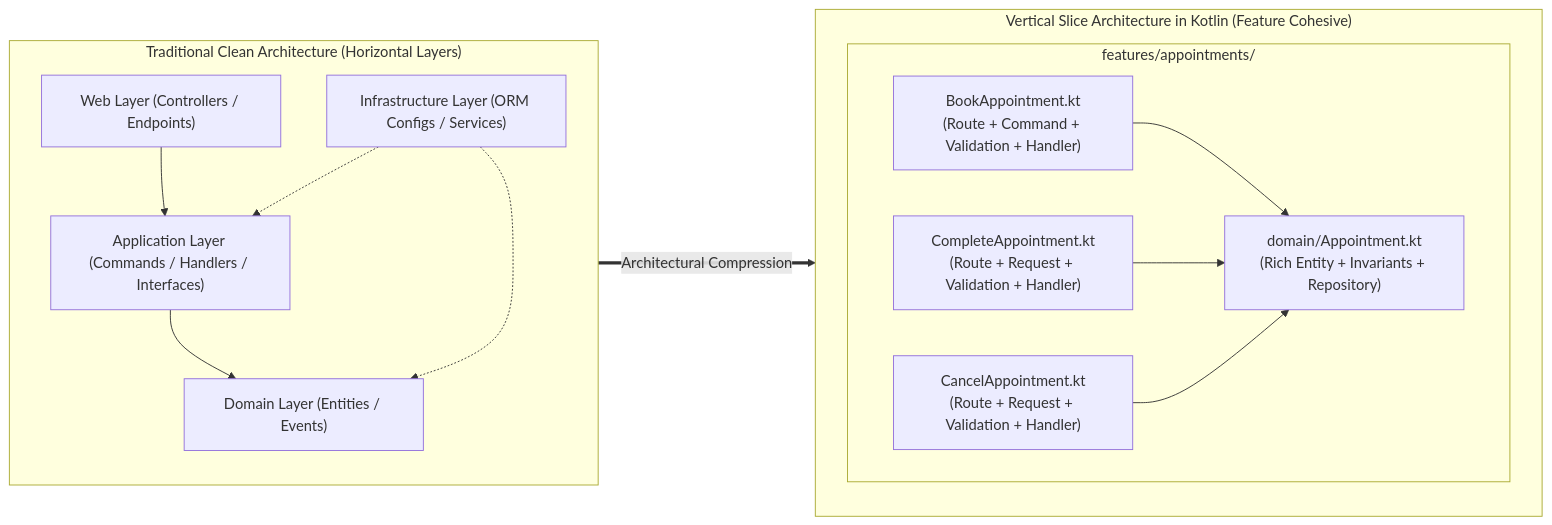
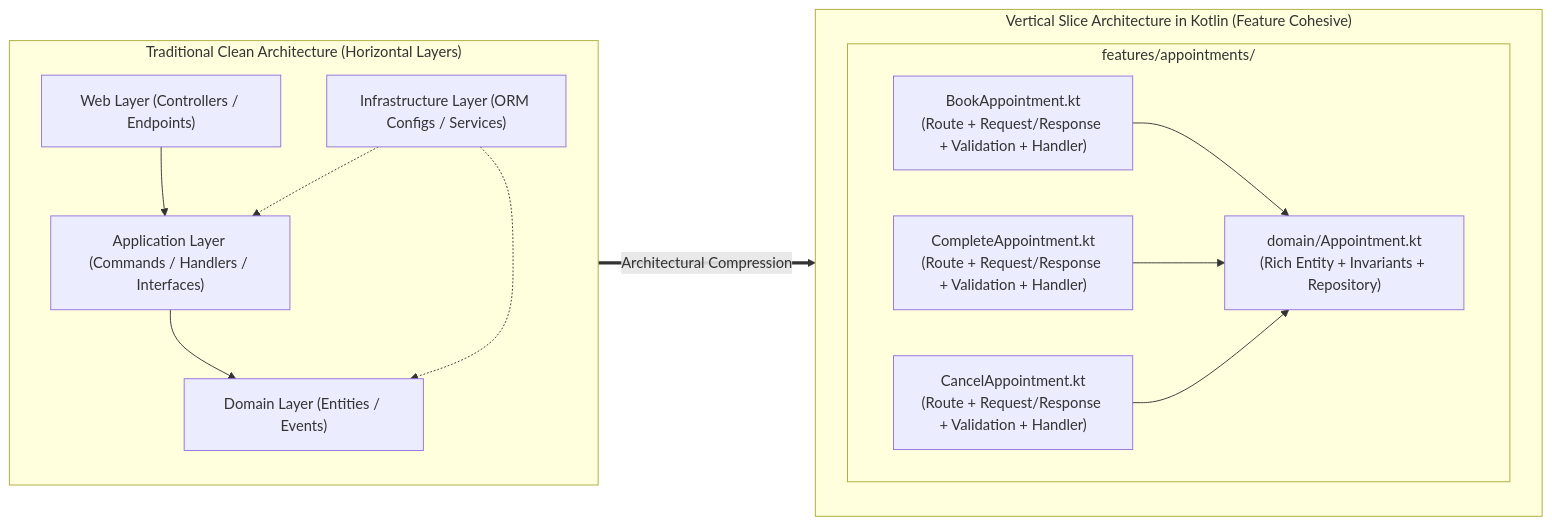
The diagram in README.md (arjunbalussery/vertical-slice-architecture-), drawn with Mermaid before and after one commit. The commit also changed other lines of this file and 4 other files, not shown here.

Commit message:
refactor: standardize all vertical slices on REPR (Request/Response) naming

````diff
--- a/README.md
+++ b/README.md
@@ -25,25 +25,25 @@
 ```mermaid
 flowchart LR
     subgraph CA["Traditional Clean Architecture (Horizontal Layers)"]
         direction TB
         W["Web Layer (Controllers / Endpoints)"] --> A["Application Layer (Commands / Handlers / Interfaces)"]
         A --> D["Domain Layer (Entities / Events)"]
         I["Infrastructure Layer (ORM Configs / Services)"] -.-> A
         I -.-> D
     end
 
     subgraph VSA["Vertical Slice Architecture in Kotlin (Feature Cohesive)"]
         direction TB
         subgraph F["features/appointments/"]
-            S1["BookAppointment.kt\n(Route + Command + Validation + Handler)"]
-            S2["CompleteAppointment.kt\n(Route + Request + Validation + Handler)"]
-            S3["CancelAppointment.kt\n(Route + Request + Validation + Handler)"]
+            S1["BookAppointment.kt\n(Route + Request/Response + Validation + Handler)"]
+            S2["CompleteAppointment.kt\n(Route + Request/Response + Validation + Handler)"]
+            S3["CancelAppointment.kt\n(Route + Request/Response + Validation + Handler)"]
             DOM["domain/Appointment.kt\n(Rich Entity + Invariants + Repository)"]
             S1 --> DOM
             S2 --> DOM
             S3 --> DOM
         end
     end
 
     CA ==>|"Architectural Compression"| VSA
 ```
````
